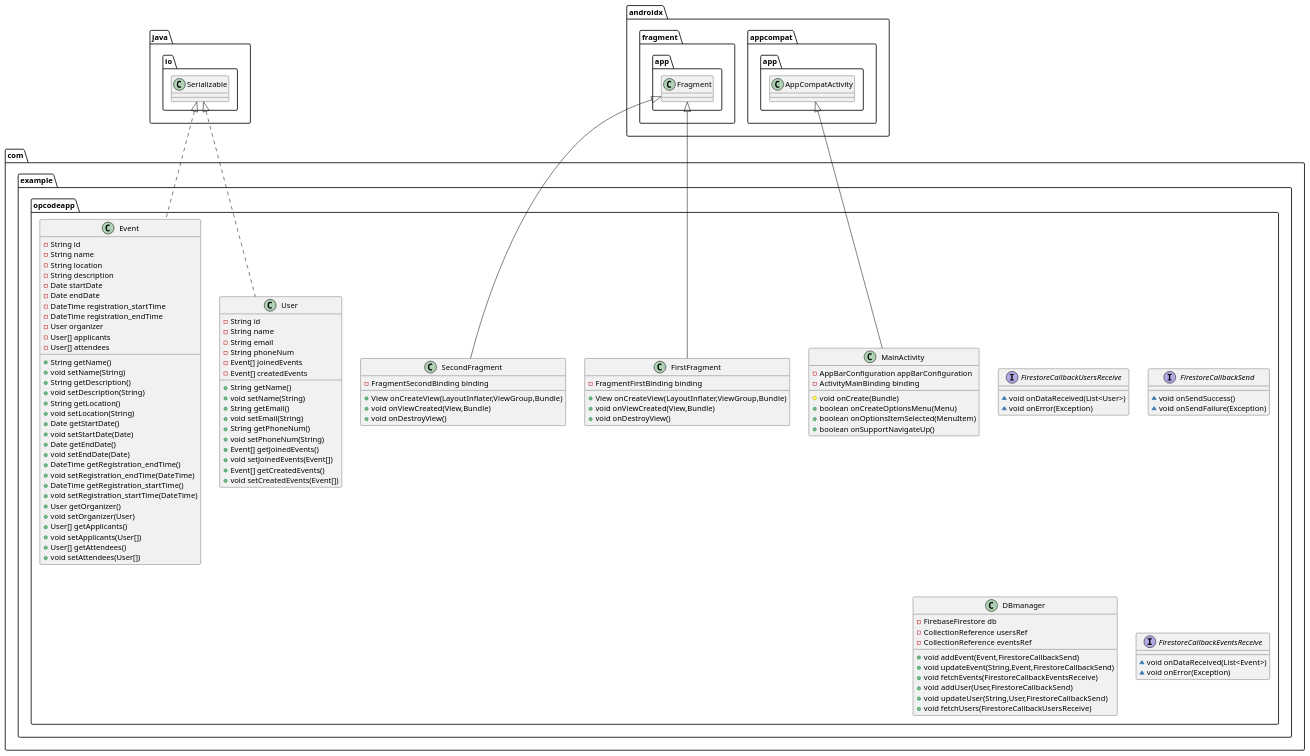
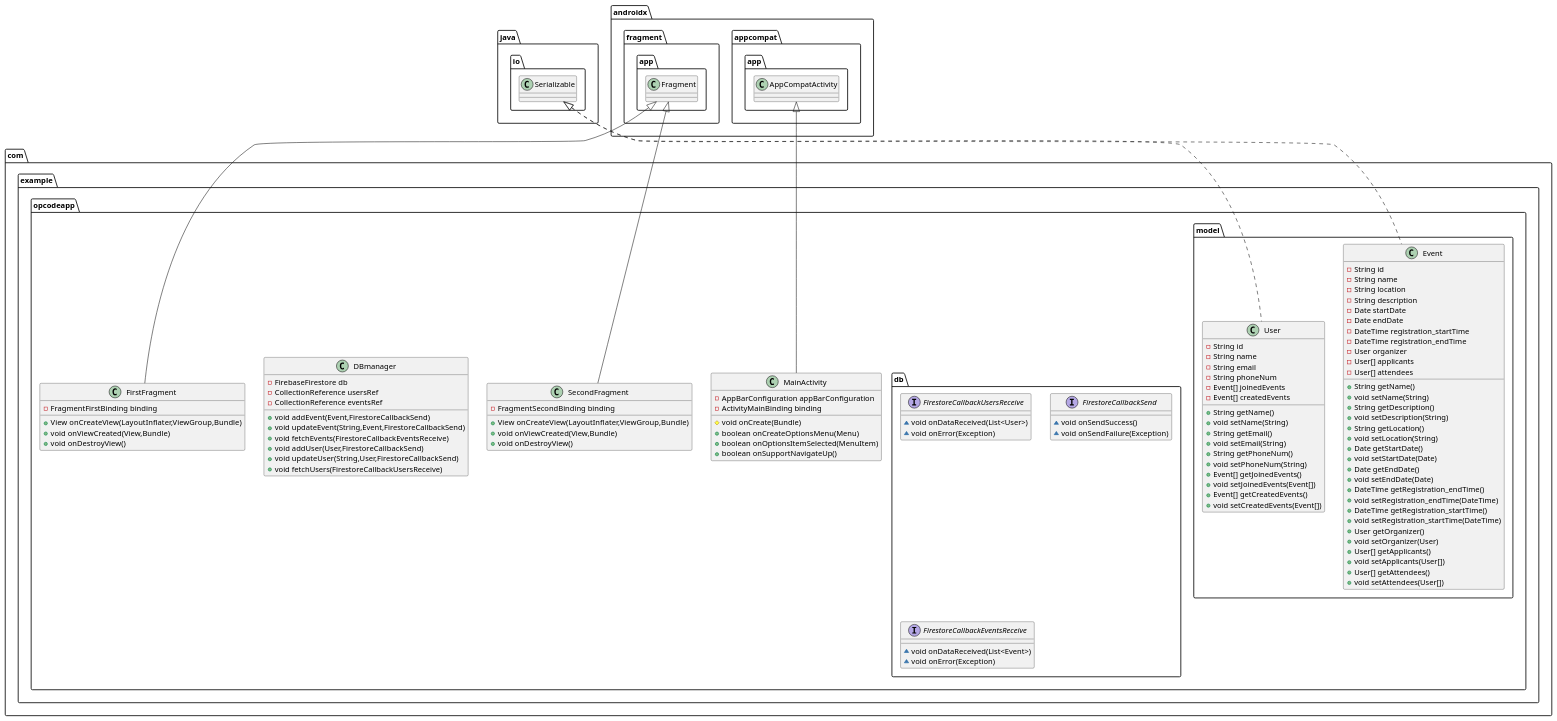
The diagram in code/DBuml.puml (cshah25/opcode), drawn with PlantUML before and after one commit. The commit also changed 97 other files, not shown here.

```diff
--- a/code/DBuml.puml
+++ b/code/DBuml.puml
@@ -1,118 +1,118 @@
 @startuml
-class com.example.opcodeapp.Event {
+class com.example.opcodeapp.model.Event {
 - String id
 - String name
 - String location
 - String description
 - Date startDate
 - Date endDate
 - DateTime registration_startTime
 - DateTime registration_endTime
 - User organizer
 - User[] applicants
 - User[] attendees
 + String getName()
 + void setName(String)
 + String getDescription()
 + void setDescription(String)
 + String getLocation()
 + void setLocation(String)
 + Date getStartDate()
 + void setStartDate(Date)
 + Date getEndDate()
 + void setEndDate(Date)
 + DateTime getRegistration_endTime()
 + void setRegistration_endTime(DateTime)
 + DateTime getRegistration_startTime()
 + void setRegistration_startTime(DateTime)
 + User getOrganizer()
 + void setOrganizer(User)
 + User[] getApplicants()
 + void setApplicants(User[])
 + User[] getAttendees()
 + void setAttendees(User[])
 }
 
 
 class com.example.opcodeapp.MainActivity {
 - AppBarConfiguration appBarConfiguration
 - ActivityMainBinding binding
 # void onCreate(Bundle)
 + boolean onCreateOptionsMenu(Menu)
 + boolean onOptionsItemSelected(MenuItem)
 + boolean onSupportNavigateUp()
 }
 
 
-class com.example.opcodeapp.User {
+class com.example.opcodeapp.model.User {
 - String id
 - String name
 - String email
 - String phoneNum
 - Event[] joinedEvents
 - Event[] createdEvents
 + String getName()
 + void setName(String)
 + String getEmail()
 + void setEmail(String)
 + String getPhoneNum()
 + void setPhoneNum(String)
 + Event[] getJoinedEvents()
 + void setJoinedEvents(Event[])
 + Event[] getCreatedEvents()
 + void setCreatedEvents(Event[])
 }
 
 
 class com.example.opcodeapp.SecondFragment {
 - FragmentSecondBinding binding
 + View onCreateView(LayoutInflater,ViewGroup,Bundle)
 + void onViewCreated(View,Bundle)
 + void onDestroyView()
 }
 
 
-interface com.example.opcodeapp.FirestoreCallbackUsersReceive {
+interface com.example.opcodeapp.db.FirestoreCallbackUsersReceive {
 ~ void onDataReceived(List<User>)
 ~ void onError(Exception)
 }
 
-interface com.example.opcodeapp.FirestoreCallbackSend {
+interface com.example.opcodeapp.db.FirestoreCallbackSend {
 ~ void onSendSuccess()
 ~ void onSendFailure(Exception)
 }
 
 class com.example.opcodeapp.DBmanager {
 - FirebaseFirestore db
 - CollectionReference usersRef
 - CollectionReference eventsRef
 + void addEvent(Event,FirestoreCallbackSend)
 + void updateEvent(String,Event,FirestoreCallbackSend)
 + void fetchEvents(FirestoreCallbackEventsReceive)
 + void addUser(User,FirestoreCallbackSend)
 + void updateUser(String,User,FirestoreCallbackSend)
 + void fetchUsers(FirestoreCallbackUsersReceive)
 }
 
 
-interface com.example.opcodeapp.FirestoreCallbackEventsReceive {
+interface com.example.opcodeapp.db.FirestoreCallbackEventsReceive {
 ~ void onDataReceived(List<Event>)
 ~ void onError(Exception)
 }
 
 class com.example.opcodeapp.FirstFragment {
 - FragmentFirstBinding binding
 + View onCreateView(LayoutInflater,ViewGroup,Bundle)
 + void onViewCreated(View,Bundle)
 + void onDestroyView()
 }
 
 
 
 
-java.io.Serializable <|.. com.example.opcodeapp.Event
+java.io.Serializable <|.. com.example.opcodeapp.model.Event
 androidx.appcompat.app.AppCompatActivity <|-- com.example.opcodeapp.MainActivity
-java.io.Serializable <|.. com.example.opcodeapp.User
+java.io.Serializable <|.. com.example.opcodeapp.model.User
 androidx.fragment.app.Fragment <|-- com.example.opcodeapp.SecondFragment
 androidx.fragment.app.Fragment <|-- com.example.opcodeapp.FirstFragment
 @enduml
```
